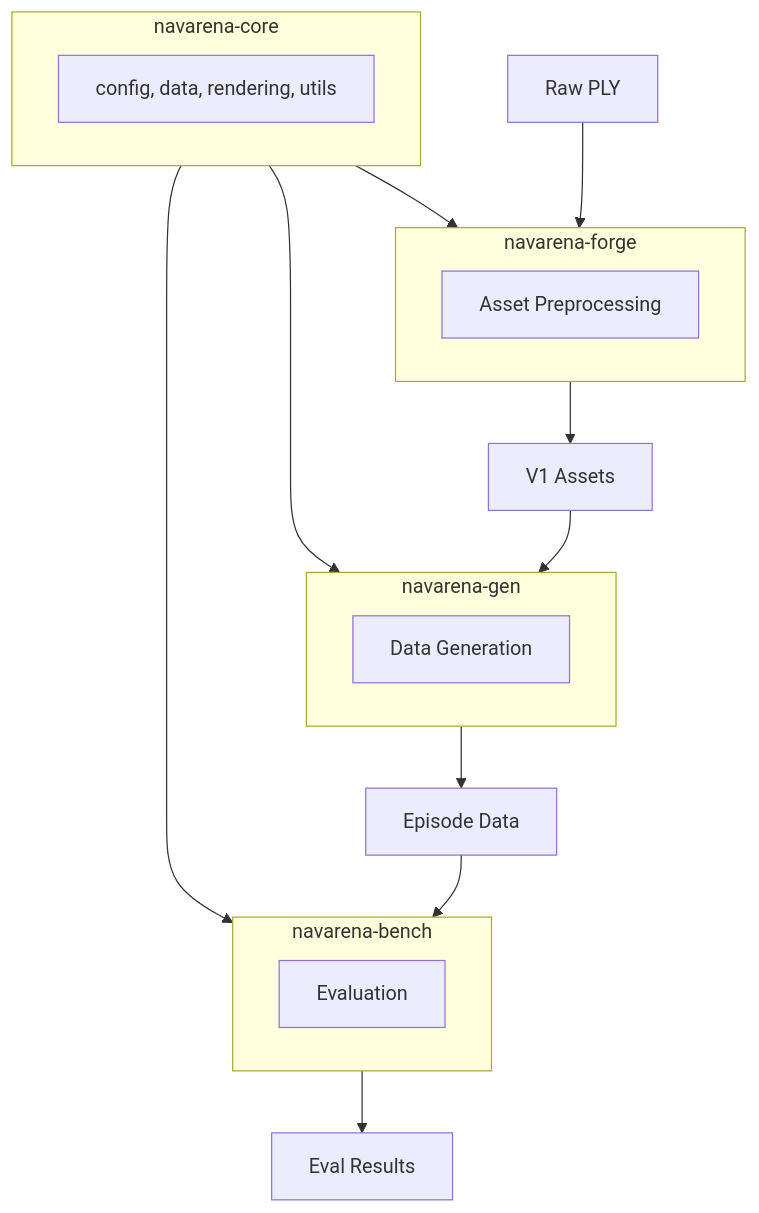
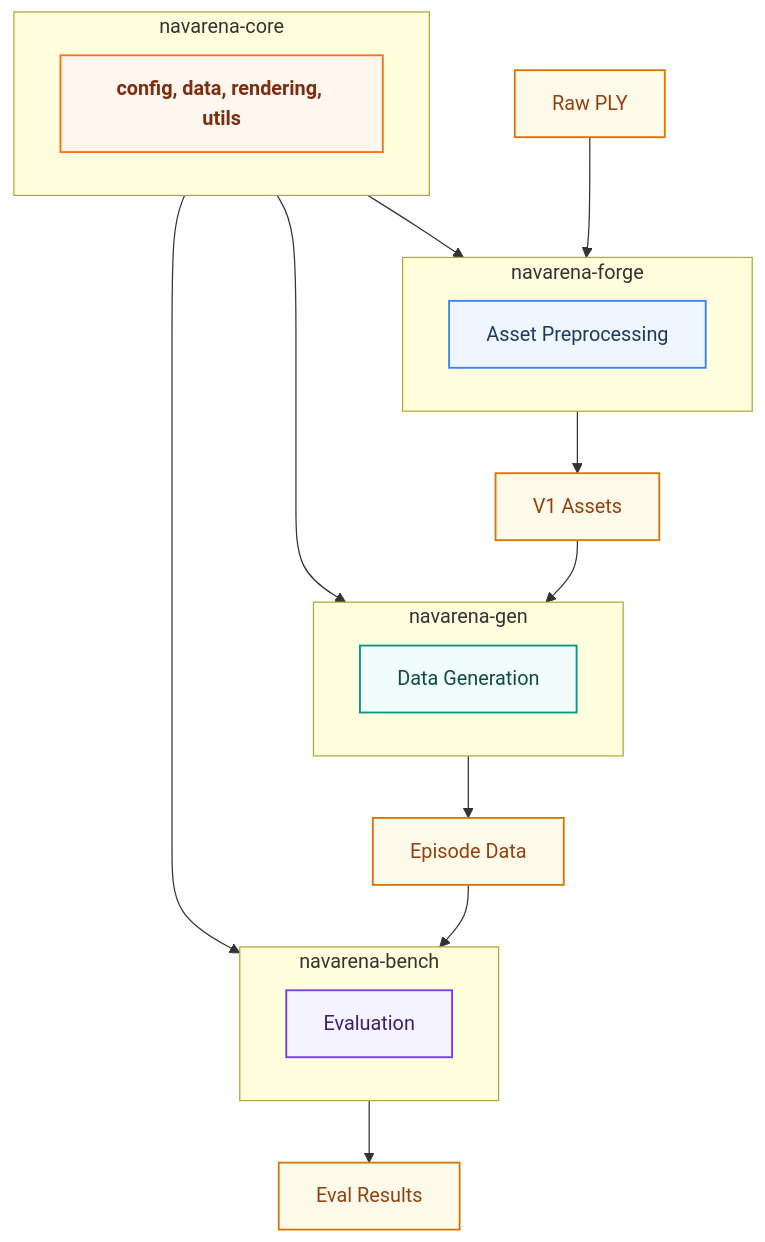
One commit to EI-Nav/NavArena-Doc changed the second of 3 diagrams in docs/en/definitions/concepts.md. Above: the diagram before and after it, drawn with Mermaid. The commit also changed 7 other files, not shown here.

````diff
--- a/docs/en/definitions/concepts.md
+++ b/docs/en/definitions/concepts.md
@@ -91,29 +91,35 @@
 ```mermaid
 flowchart TB
+    classDef core   fill:#FFF7ED,stroke:#F97316,stroke-width:1.5px,color:#7C2D12,font-weight:600
+    classDef forge  fill:#EFF6FF,stroke:#3B82F6,stroke-width:1.5px,color:#1E3A5F
+    classDef gen    fill:#F0FDFA,stroke:#0D9488,stroke-width:1.5px,color:#0F4C43
+    classDef bench  fill:#F5F3FF,stroke:#7C3AED,stroke-width:1.5px,color:#3B1F6E
+    classDef data   fill:#FFFBEB,stroke:#D97706,stroke-width:1.5px,color:#92400E
+
     subgraph Core [navarena-core]
-        C[config, data, rendering, utils]
+        C[config, data, rendering, utils]:::core
     end
     
     subgraph Forge [navarena-forge]
-        F[Asset Preprocessing]
+        F[Asset Preprocessing]:::forge
     end
     
     subgraph Gen [navarena-gen]
-        G[Data Generation]
+        G[Data Generation]:::gen
     end
     
     subgraph Bench [navarena-bench]
-        B[Evaluation]
+        B[Evaluation]:::bench
     end
     
     Core --> Forge
     Core --> Gen
     Core --> Bench
     
-    PLY[Raw PLY] --> Forge
-    Forge --> V1[V1 Assets]
+    PLY[Raw PLY]:::data --> Forge
+    Forge --> V1[V1 Assets]:::data
     V1 --> Gen
-    Gen --> EP[Episode Data]
+    Gen --> EP[Episode Data]:::data
     EP --> Bench
-    Bench --> Results[Eval Results]
+    Bench --> Results[Eval Results]:::data
 ```
````
